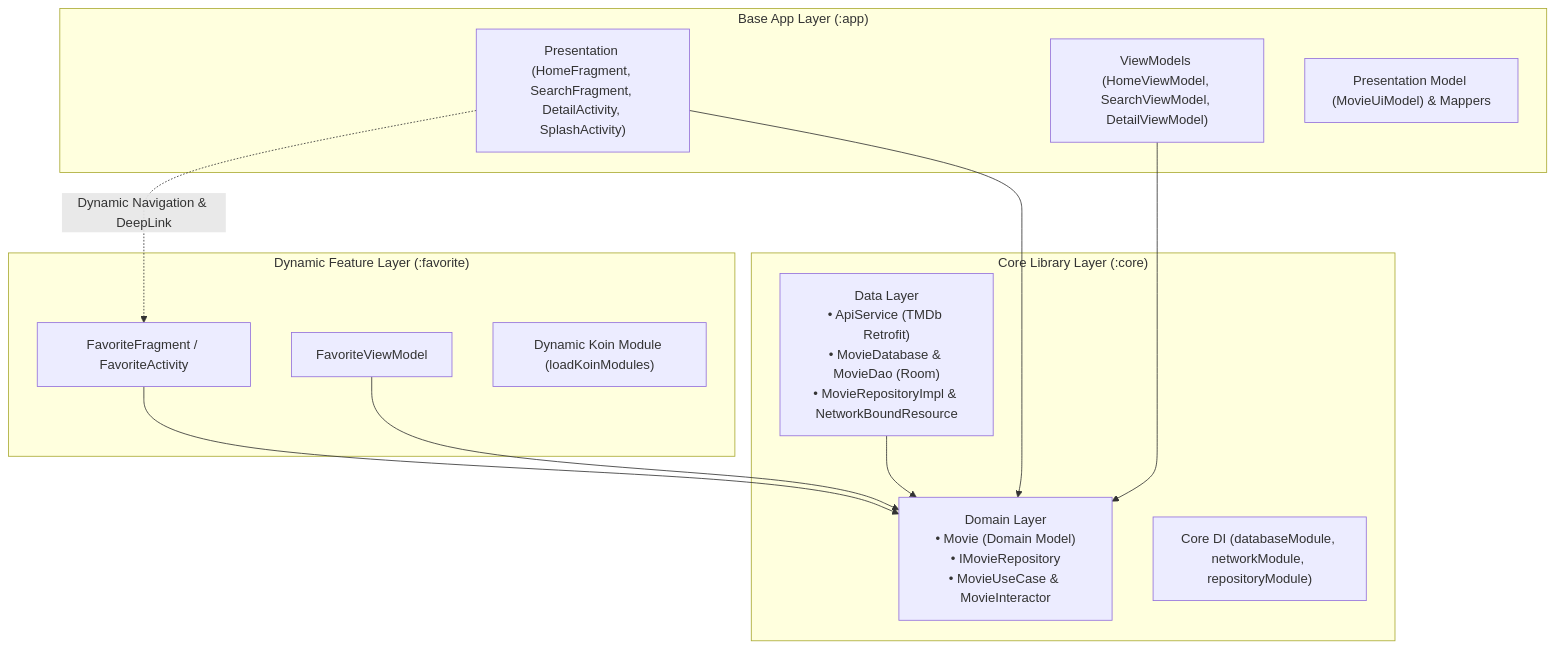
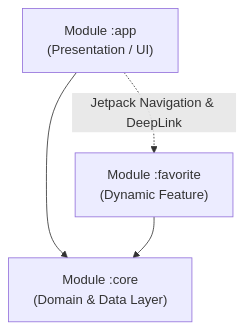
Before and after one commit to farrasariffadhila/CineVerse-Capstone: the diagram in README.md, drawn with Mermaid. The commit also changed other lines of this file, not shown here.

````diff
--- a/README.md
+++ b/README.md
@@ -64,27 +49,10 @@
 ```mermaid
 graph TD
-    subgraph "Base App Layer (:app)"
-        APP_UI["Presentation (HomeFragment, SearchFragment, DetailActivity, SplashActivity)"]
-        APP_VM["ViewModels (HomeViewModel, SearchViewModel, DetailViewModel)"]
-        APP_MODEL["Presentation Model (MovieUiModel) & Mappers"]
-    end
+    APP["Module :app<br/>(Presentation / UI)"]
+    FAV["Module :favorite<br/>(Dynamic Feature)"]
+    CORE["Module :core<br/>(Domain & Data Layer)"]
 
-    subgraph "Dynamic Feature Layer (:favorite)"
-        FAV_UI["FavoriteFragment / FavoriteActivity"]
-        FAV_VM["FavoriteViewModel"]
-        FAV_DI["Dynamic Koin Module (loadKoinModules)"]
-    end
-
-    subgraph "Core Library Layer (:core)"
-        DOMAIN["Domain Layer<br/>• Movie (Domain Model)<br/>• IMovieRepository<br/>• MovieUseCase & MovieInteractor"]
-        DATA["Data Layer<br/>• ApiService (TMDb Retrofit)<br/>• MovieDatabase & MovieDao (Room)<br/>• MovieRepositoryImpl & NetworkBoundResource"]
-        CORE_DI["Core DI (databaseModule, networkModule, repositoryModule)"]
-    end
-
-    APP_UI --> DOMAIN
-    APP_VM --> DOMAIN
-    FAV_UI --> DOMAIN
-    FAV_VM --> DOMAIN
-    DATA --> DOMAIN
-    APP_UI -.->|Dynamic Navigation & DeepLink| FAV_UI
+    APP --> CORE
+    FAV --> CORE
+    APP -.->|Jetpack Navigation & DeepLink| FAV
 ```
````
